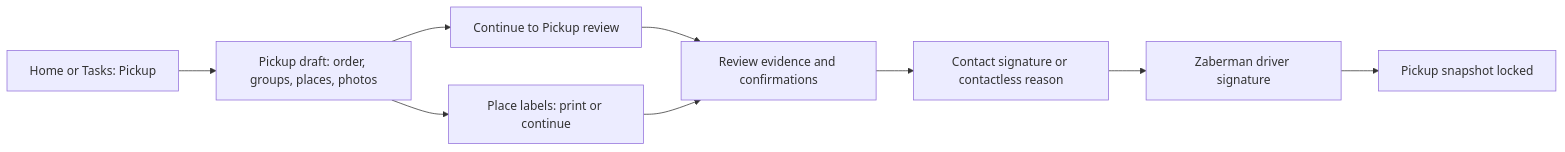
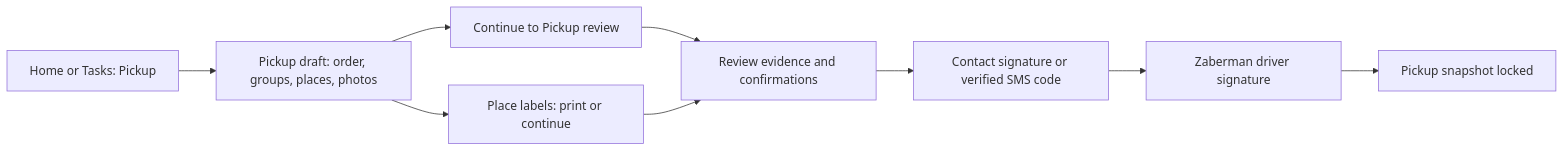
The second of 4 diagrams in docs/mobile-app/business-overview.md (yarsuleimenov-code/Mobile_app), drawn with Mermaid before and after one commit. The commit also changed other lines of this file and 50 other files, not shown here.

````diff
--- a/docs/mobile-app/business-overview.md
+++ b/docs/mobile-app/business-overview.md
@@ -38,11 +52,11 @@
 ```mermaid
 flowchart LR
   A["Home or Tasks: Pickup"] --> B["Pickup draft: order, groups, places, photos"]
   B --> C["Continue to Pickup review"]
   C --> D["Review evidence and confirmations"]
-  D --> E["Contact signature or contactless reason"]
+  D --> E["Contact signature or verified SMS code"]
   E --> F["Zaberman driver signature"]
   F --> G["Pickup snapshot locked"]
   B --> L["Place labels: print or continue"]
   L --> D
 ```
````
